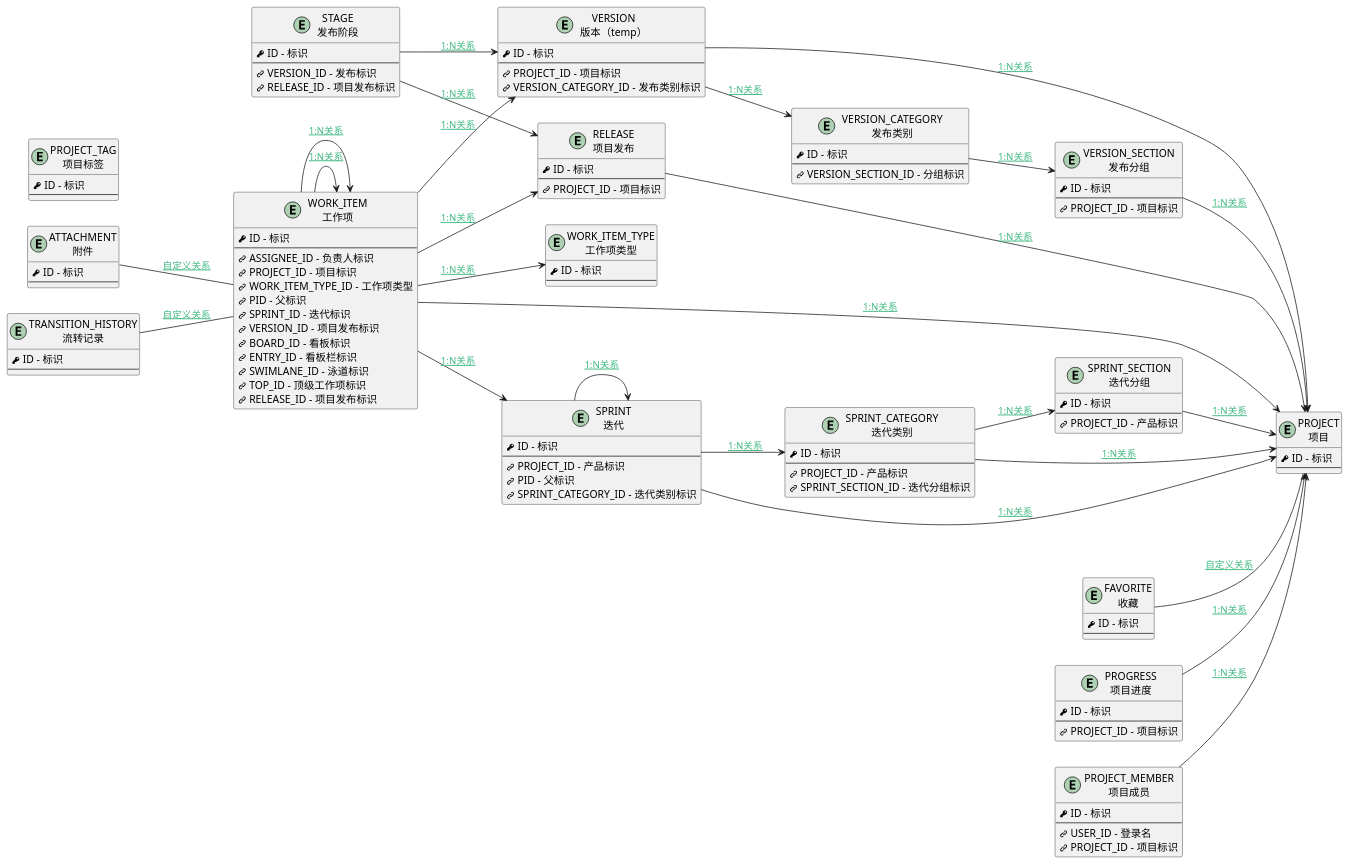
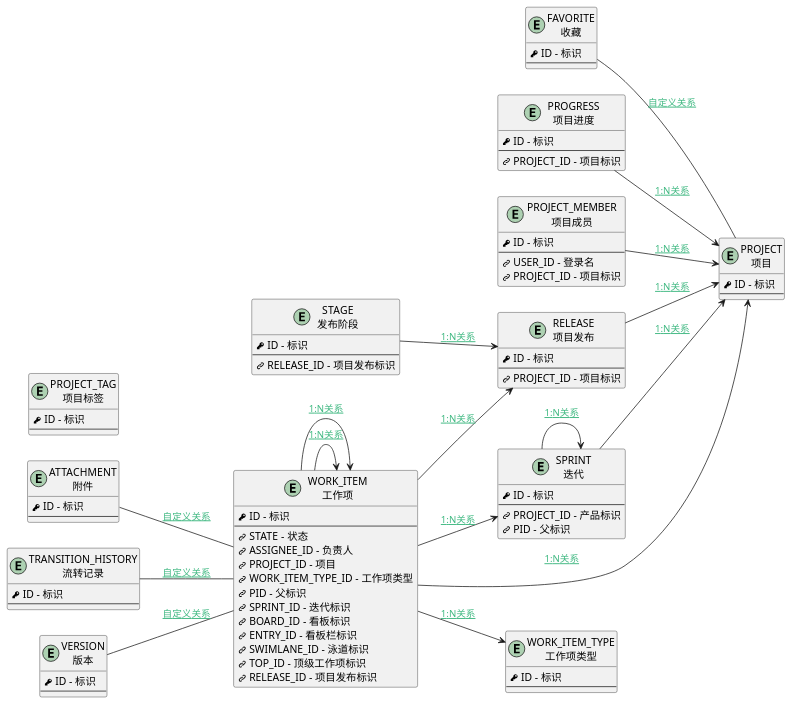
Before and after one commit to iBizLab/plm: the diagram in doc/docsify/er/projmgmt_scrum.md, drawn with PlantUML. The commit also changed other lines of this file and 6272 other files, not shown here.

```diff
--- a/doc/docsify/er/projmgmt_scrum.md
+++ b/doc/docsify/er/projmgmt_scrum.md
@@ -11,98 +10,73 @@
 </style>
 left to right direction
 
-entity "ATTACHMENT\n附件" as ATTACHMENT [[$../module/Base/Attachment {附件}]] {
+entity "ATTACHMENT\n附件" as ATTACHMENT [[$../module/Base/attachment {附件}]] {
         <&key> ID - 标识
         --
 }
-entity "FAVORITE\n收藏" as FAVORITE [[$../module/Base/Favorite {收藏}]] {
+entity "FAVORITE\n收藏" as FAVORITE [[$../module/Base/favorite {收藏}]] {
         <&key> ID - 标识
         --
 }
-entity "PROGRESS\n项目进度" as PROGRESS [[$../module/ProjMgmt/Progress {项目进度}]] {
+entity "PROGRESS\n项目进度" as PROGRESS [[$../module/ProjMgmt/progress {项目进度}]] {
         <&key> ID - 标识
         --
         <&link-intact> PROJECT_ID - 项目标识
 }
-entity "PROJECT\n项目" as PROJECT [[$../module/ProjMgmt/Project {项目}]] {
+entity "PROJECT\n项目" as PROJECT [[$../module/ProjMgmt/project {项目}]] {
         <&key> ID - 标识
         --
 }
-entity "PROJECT_MEMBER\n项目成员" as PROJECT_MEMBER [[$../module/ProjMgmt/Project_member {项目成员}]] {
+entity "PROJECT_MEMBER\n项目成员" as PROJECT_MEMBER [[$../module/ProjMgmt/project_member {项目成员}]] {
         <&key> ID - 标识
         --
         <&link-intact> USER_ID - 登录名
         <&link-intact> PROJECT_ID - 项目标识
 }
-entity "PROJECT_TAG\n项目标签" as PROJECT_TAG [[$../module/ProjMgmt/Project_tag {项目标签}]] {
+entity "PROJECT_TAG\n项目标签" as PROJECT_TAG [[$../module/ProjMgmt/project_tag {项目标签}]] {
         <&key> ID - 标识
         --
 }
-entity "RELEASE\n项目发布" as RELEASE [[$../module/ProjMgmt/Release {项目发布}]] {
+entity "RELEASE\n项目发布" as RELEASE [[$../module/ProjMgmt/release {项目发布}]] {
         <&key> ID - 标识
         --
         <&link-intact> PROJECT_ID - 项目标识
 }
-entity "SPRINT\n迭代" as SPRINT [[$../module/ProjMgmt/Sprint {迭代}]] {
+entity "SPRINT\n迭代" as SPRINT [[$../module/ProjMgmt/sprint {迭代}]] {
         <&key> ID - 标识
         --
         <&link-intact> PROJECT_ID - 产品标识
         <&link-intact> PID - 父标识
-        <&link-intact> SPRINT_CATEGORY_ID - 迭代类别标识
 }
-entity "SPRINT_CATEGORY\n迭代类别" as SPRINT_CATEGORY [[$../module/ProjMgmt/Sprint_category {迭代类别}]] {
+entity "STAGE\n发布阶段" as STAGE [[$../module/ProjMgmt/stage {发布阶段}]] {
         <&key> ID - 标识
         --
-        <&link-intact> PROJECT_ID - 产品标识
-        <&link-intact> SPRINT_SECTION_ID - 迭代分组标识
-}
-entity "SPRINT_SECTION\n迭代分组" as SPRINT_SECTION [[$../module/ProjMgmt/Sprint_section {迭代分组}]] {
-        <&key> ID - 标识
-        --
-        <&link-intact> PROJECT_ID - 产品标识
-}
-entity "STAGE\n发布阶段" as STAGE [[$../module/ProjMgmt/Stage {发布阶段}]] {
-        <&key> ID - 标识
-        --
-        <&link-intact> VERSION_ID - 发布标识
         <&link-intact> RELEASE_ID - 项目发布标识
 }
-entity "TRANSITION_HISTORY\n流转记录" as TRANSITION_HISTORY [[$../module/ProjMgmt/Transition_history {流转记录}]] {
+entity "TRANSITION_HISTORY\n流转记录" as TRANSITION_HISTORY [[$../module/ProjMgmt/transition_history {流转记录}]] {
         <&key> ID - 标识
         --
 }
-entity "VERSION\n版本（temp）" as VERSION [[$../module/ProjMgmt/Version {版本（temp）}]] {
+entity "VERSION\n版本" as VERSION [[$../module/Base/version {版本}]] {
         <&key> ID - 标识
         --
-        <&link-intact> PROJECT_ID - 项目标识
-        <&link-intact> VERSION_CATEGORY_ID - 发布类别标识
 }
-entity "VERSION_CATEGORY\n发布类别" as VERSION_CATEGORY [[$../module/ProjMgmt/Version_category {发布类别}]] {
+entity "WORK_ITEM\n工作项" as WORK_ITEM [[$../module/ProjMgmt/work_item {工作项}]] {
         <&key> ID - 标识
         --
-        <&link-intact> VERSION_SECTION_ID - 分组标识
-}
-entity "VERSION_SECTION\n发布分组" as VERSION_SECTION [[$../module/ProjMgmt/Version_section {发布分组}]] {
-        <&key> ID - 标识
-        --
-        <&link-intact> PROJECT_ID - 项目标识
-}
-entity "WORK_ITEM\n工作项" as WORK_ITEM [[$../module/ProjMgmt/Work_item {工作项}]] {
-        <&key> ID - 标识
-        --
-        <&link-intact> ASSIGNEE_ID - 负责人标识
-        <&link-intact> PROJECT_ID - 项目标识
+        <&link-intact> STATE - 状态
+        <&link-intact> ASSIGNEE_ID - 负责人
+        <&link-intact> PROJECT_ID - 项目
         <&link-intact> WORK_ITEM_TYPE_ID - 工作项类型
         <&link-intact> PID - 父标识
         <&link-intact> SPRINT_ID - 迭代标识
-        <&link-intact> VERSION_ID - 项目发布标识
         <&link-intact> BOARD_ID - 看板标识
         <&link-intact> ENTRY_ID - 看板栏标识
         <&link-intact> SWIMLANE_ID - 泳道标识
         <&link-intact> TOP_ID - 顶级工作项标识
         <&link-intact> RELEASE_ID - 项目发布标识
 }
-entity "WORK_ITEM_TYPE\n工作项类型" as WORK_ITEM_TYPE [[$../module/ProjMgmt/Work_item_type {工作项类型}]] {
+entity "WORK_ITEM_TYPE\n工作项类型" as WORK_ITEM_TYPE [[$../module/ProjMgmt/work_item_type {工作项类型}]] {
         <&key> ID - 标识
         --
 }
@@ -110,26 +84,17 @@
 PROGRESS--> PROJECT : [[$../der/DER1N_PROGRESS_PROJECT_PROJECT_ID{DER1N_PROGRESS_PROJECT_PROJECT_ID} 1:N关系]]
 PROJECT_MEMBER--> PROJECT : [[$../der/DER1N_PROJECT_MEMBER_PROJECT_PROJECT_ID{DER1N_PROJECT_MEMBER_PROJECT_PROJECT_ID} 1:N关系]]
 RELEASE--> PROJECT : [[$../der/DER1N_RELEASE_PROJECT_PROJECT_ID{DER1N_RELEASE_PROJECT_PROJECT_ID} 1:N关系]]
-SPRINT_CATEGORY--> PROJECT : [[$../der/DER1N_SPRINT_CATEGORY_PROJECT_PROJECT_ID{DER1N_SPRINT_CATEGORY_PROJECT_PROJECT_ID} 1:N关系]]
 SPRINT--> PROJECT : [[$../der/DER1N_SPRINT_PROJECT_PROJECT_ID{DER1N_SPRINT_PROJECT_PROJECT_ID} 1:N关系]]
-SPRINT_SECTION--> PROJECT : [[$../der/DER1N_SPRINT_SECTION_PROJECT_PROJECT_ID{DER1N_SPRINT_SECTION_PROJECT_PROJECT_ID} 1:N关系]]
-VERSION--> PROJECT : [[$../der/DER1N_VERSION_PROJECT_PROJECT_ID{DER1N_VERSION_PROJECT_PROJECT_ID} 1:N关系]]
-VERSION_SECTION--> PROJECT : [[$../der/DER1N_VERSION_SECTION_PROJECT_PROJECT_ID{DER1N_VERSION_SECTION_PROJECT_PROJECT_ID} 1:N关系]]
 WORK_ITEM--> PROJECT : [[$../der/DER1N_WORK_ITEM_PROJECT_PROJECT_ID{DER1N_WORK_ITEM_PROJECT_PROJECT_ID} 1:N关系]]
 FAVORITE-- PROJECT : [[$../der/DERCCUSTOM_FAVORITE_PROJECT{DERCCUSTOM_FAVORITE_PROJECT} 自定义关系]]
 STAGE--> RELEASE : [[$../der/DER1N_STAGE_RELEASE_RELEASE_ID{DER1N_STAGE_RELEASE_RELEASE_ID} 1:N关系]]
 WORK_ITEM--> RELEASE : [[$../der/DER1N_WORK_ITEM_RELEASE_RELEASE_ID{DER1N_WORK_ITEM_RELEASE_RELEASE_ID} 1:N关系]]
 SPRINT--> SPRINT : [[$../der/DER1N_SPRINT_SPRINT_PID{DER1N_SPRINT_SPRINT_PID} 1:N关系]]
 WORK_ITEM--> SPRINT : [[$../der/DER1N_WORK_ITEM_SPRINT_SPRINT_ID{DER1N_WORK_ITEM_SPRINT_SPRINT_ID} 1:N关系]]
-SPRINT--> SPRINT_CATEGORY : [[$../der/DER1N_SPRINT_SPRINT_CATEGORY_SPRINT_CATEGORY_ID{DER1N_SPRINT_SPRINT_CATEGORY_SPRINT_CATEGORY_ID} 1:N关系]]
-SPRINT_CATEGORY--> SPRINT_SECTION : [[$../der/DER1N_SPRINT_CATEGORY_SPRINT_SECTION_SPRINT_SECTION_ID{DER1N_SPRINT_CATEGORY_SPRINT_SECTION_SPRINT_SECTION_ID} 1:N关系]]
-STAGE--> VERSION : [[$../der/DER1N_STAGE_VERSION_VERSION_ID{DER1N_STAGE_VERSION_VERSION_ID} 1:N关系]]
-WORK_ITEM--> VERSION : [[$../der/DER1N_WORK_ITEM_VERSION_VERSION_ID{DER1N_WORK_ITEM_VERSION_VERSION_ID} 1:N关系]]
-VERSION--> VERSION_CATEGORY : [[$../der/DER1N_VERSION_VERSION_CATEGORY_VERSION_CATEGORY_ID{DER1N_VERSION_VERSION_CATEGORY_VERSION_CATEGORY_ID} 1:N关系]]
-VERSION_CATEGORY--> VERSION_SECTION : [[$../der/DER1N_VERSION_CATEGORY_VERSION_SECTION_VERSION_SECTION_ID{DER1N_VERSION_CATEGORY_VERSION_SECTION_VERSION_SECTION_ID} 1:N关系]]
 WORK_ITEM--> WORK_ITEM : [[$../der/DER1N_WORK_ITEM_WORK_ITEM_PID{DER1N_WORK_ITEM_WORK_ITEM_PID} 1:N关系]]
 WORK_ITEM--> WORK_ITEM : [[$../der/DER1N_WORK_ITEM_WORK_ITEM_TOP_ID{DER1N_WORK_ITEM_WORK_ITEM_TOP_ID} 1:N关系]]
 TRANSITION_HISTORY-- WORK_ITEM : [[$../der/DERCUSTOM_TRANSITION_HISTORY_WORK_ITEM{DERCUSTOM_TRANSITION_HISTORY_WORK_ITEM} 自定义关系]]
+VERSION-- WORK_ITEM : [[$../der/DERCUSTOM_VERSION_WORK_ITEM{DERCUSTOM_VERSION_WORK_ITEM} 自定义关系]]
 ATTACHMENT-- WORK_ITEM : [[$../der/DERCUSTOM_WORK_ITEM_ATTACHMENT{DERCUSTOM_WORK_ITEM_ATTACHMENT} 自定义关系]]
 WORK_ITEM--> WORK_ITEM_TYPE : [[$../der/DER1N_WORK_ITEM_WORK_ITEM_TYPE_WORK_ITEM_TYPE_ID{DER1N_WORK_ITEM_WORK_ITEM_TYPE_WORK_ITEM_TYPE_ID} 1:N关系]]
 
```
